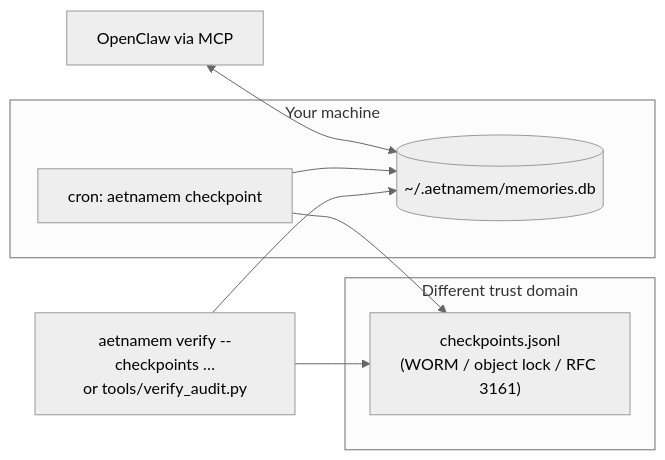
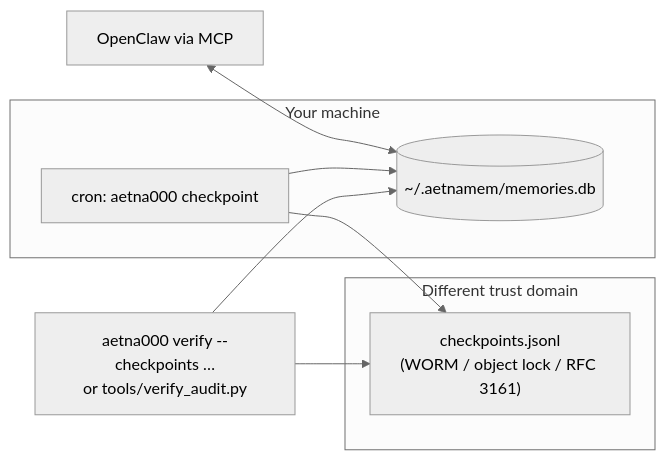
Before and after one commit to aetna000/aetnamem: the fourth of 4 diagrams in docs/openclaw-setup.md, drawn with Mermaid (neutral theme). The commit also changed other lines of this file and 41 other files, not shown here.

````diff
--- a/docs/openclaw-setup.md
+++ b/docs/openclaw-setup.md
@@ -92,15 +96,15 @@
 ```mermaid
 flowchart LR
     subgraph host ["Your machine"]
         DB[("~/.aetnamem/memories.db")]
-        CRON["cron: aetnamem checkpoint"]
+        CRON["cron: aetna000 checkpoint"]
     end
     subgraph anchor ["Different trust domain"]
         CK["checkpoints.jsonl<br/>(WORM / object lock / RFC 3161)"]
     end
     OC["OpenClaw via MCP"] <--> DB
     CRON --> DB
     CRON --> CK
-    V["aetnamem verify --checkpoints …<br/>or tools/verify_audit.py"] --> DB
+    V["aetna000 verify --checkpoints …<br/>or tools/verify_audit.py"] --> DB
     V --> CK
 ```
````
